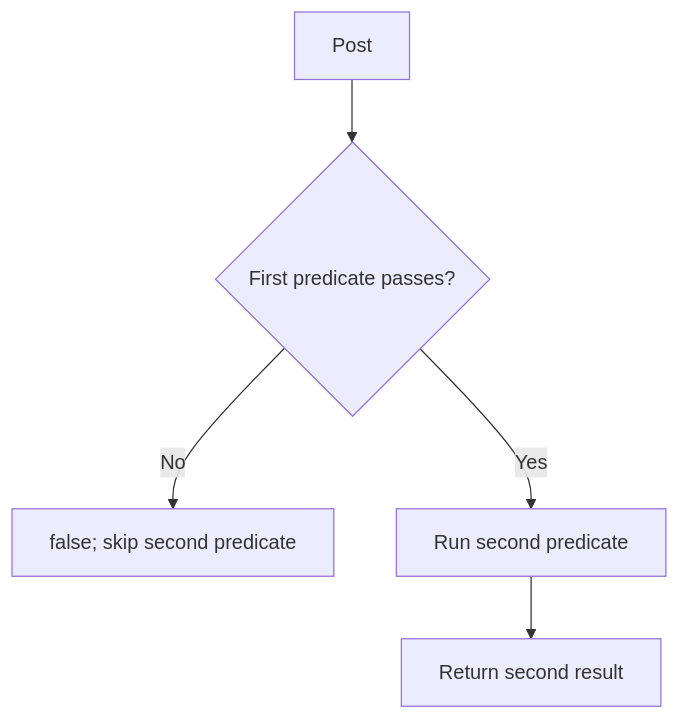
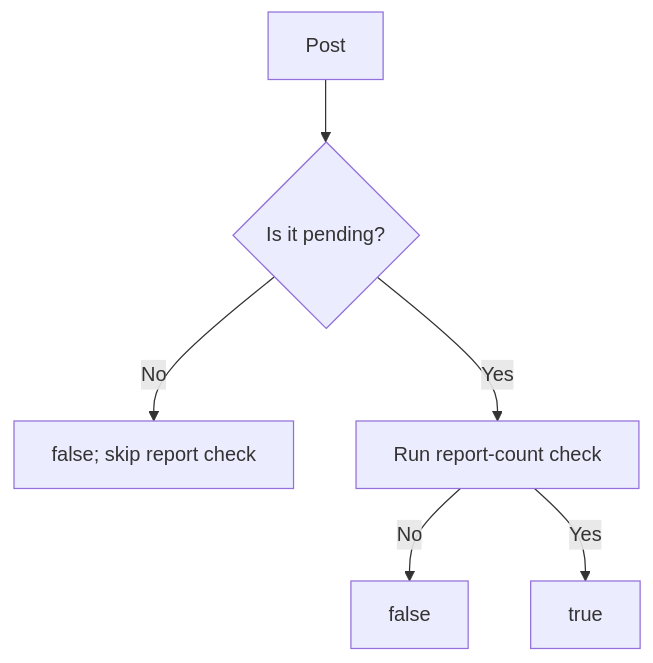
The diagram in docs/src/content/docs/guides/predicate.md (pplnd/core), drawn with Mermaid before and after one commit. The commit also changed other lines of this file and 63 other files, not shown here.

````diff
--- a/docs/src/content/docs/guides/predicate.md
+++ b/docs/src/content/docs/guides/predicate.md
@@ -29,7 +42,8 @@
 ```mermaid
 flowchart TD
-  Input["Post"] --> First{"First predicate passes?"}
-  First -->|No| Fail["false; skip second predicate"]
-  First -->|Yes| Second["Run second predicate"]
-  Second --> Result["Return second result"]
+  Post["Post"] --> Pending{"Is it pending?"}
+  Pending -->|No| Reject["false; skip report check"]
+  Pending -->|Yes| Reports["Run report-count check"]
+  Reports -->|No| Fail["false"]
+  Reports -->|Yes| Accept["true"]
 ```
````
